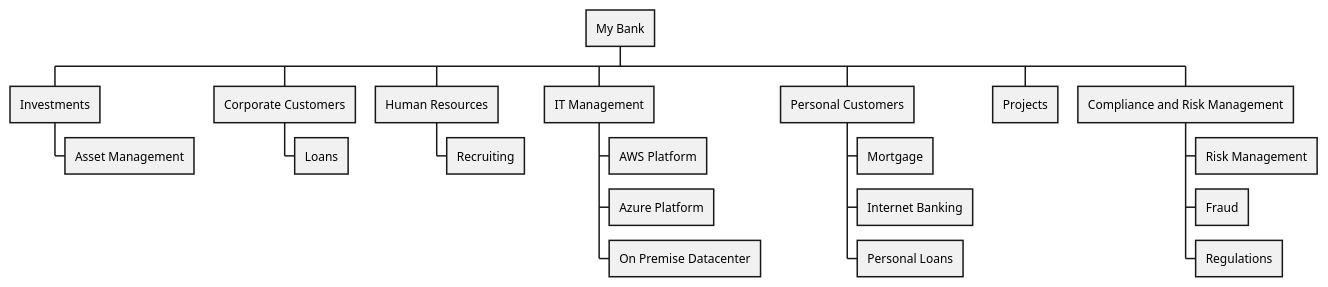
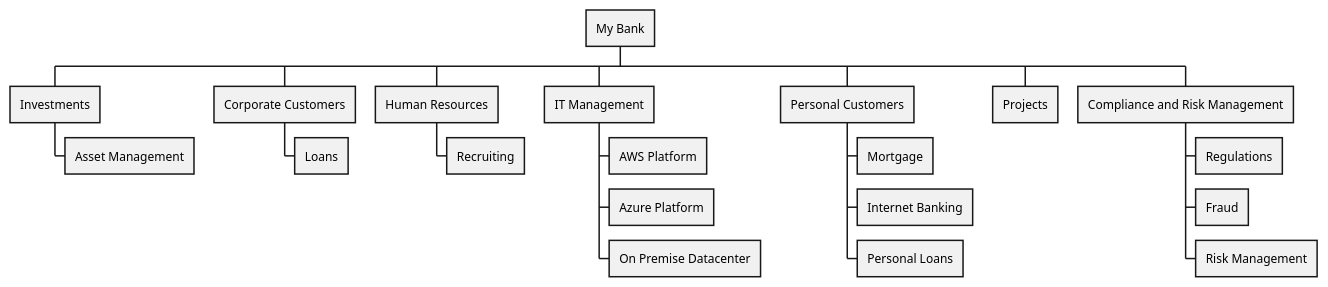
Before and after one commit to soulspace-org/my-bank-model: the diagram in docs/mybank/organization/organization-structure-view.puml, drawn with PlantUML. The commit also changed other lines of this file and 24 other files, not shown here.

```diff
--- a/docs/mybank/organization/organization-structure-view.puml
+++ b/docs/mybank/organization/organization-structure-view.puml
@@ -1,23 +1,23 @@
 @startwbs
 * My Bank
 ** Investments
 *** Asset Management
 ** Corporate Customers
 *** Loans
 ** Human Resources
 *** Recruiting
 ** IT Management
 *** AWS Platform
 *** Azure Platform
 *** On Premise Datacenter
 ** Personal Customers
 *** Mortgage
 *** Internet Banking
 *** Personal Loans
 ** Projects
 ** Compliance and Risk Management
+*** Regulations
+*** Fraud
 *** Risk Management
-*** Fraud
-*** Regulations
 
 @endwbs
```
